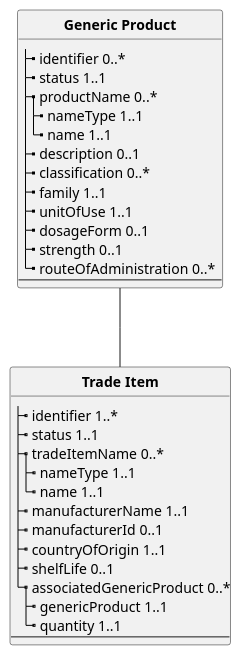
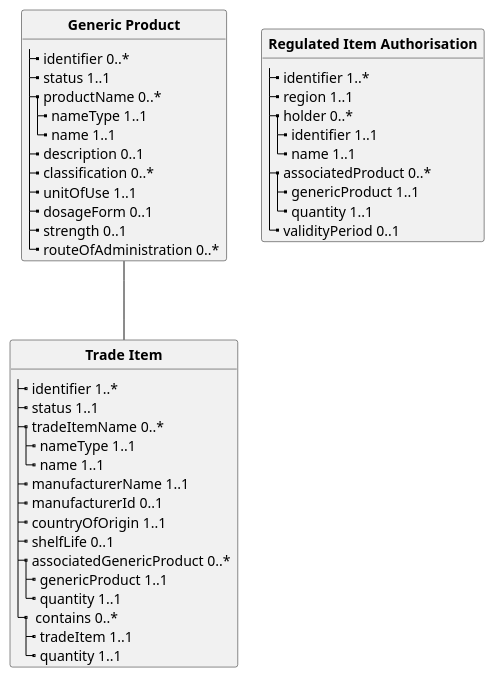
Before and after one commit to WorldHealthOrganization/smart-pcmt: the diagram in input/images-source/product-model.plantuml, drawn with PlantUML. The commit also changed 1 other file, not shown here.

```diff
--- a/input/images-source/product-model.plantuml
+++ b/input/images-source/product-model.plantuml
@@ -1,57 +1,72 @@
 @startuml
 'skinparam linetype ortho
 skinparam linetype polyline
 hide circle
 hide stereotype
 
 '!pragma layout smetana
 
 skinparam class<<MD>> {
  BorderColor DarkSlateGray
  BackgroundColor WhiteSmoke
  HeaderBackgroundColor #909090
 }
 
 skinparam class<<TM>> {
  BorderColor #505090
  BackgroundColor APPLICATION
  HeaderBackgroundColor SkyBlue
 }
 
     class "** Generic Product **" as GP {
         |_ identifier 0..* 
         |_ status 1..1
         |_ productName 0..*
           |_ nameType 1..1
           |_ name 1..1
         |_ description 0..1
         |_ classification 0..*
-        |_ family 1..1
         |_ unitOfUse 1..1
         |_ dosageForm 0..1
         |_ strength 0..1
         |_ routeOfAdministration 0..*  
-        --
     }
 
 
     class "**Trade Item**" as TI {
             |_ identifier 1..*  
             |_ status 1..1
             |_ tradeItemName 0..*
               |_ nameType 1..1
               |_ name 1..1
             |_ manufacturerName 1..1
             |_ manufacturerId 0..1
             |_ countryOfOrigin 1..1
             |_ shelfLife 0..1
-            |_ associatedGenericProduct 0..*
+            |_ associatedGenericProduct 0..*  
               |_ genericProduct 1..1
               |_ quantity 1..1
-          --
+            |_  contains 0..*
+              |_ tradeItem 1..1
+              |_ quantity 1..1
     }
+
+
+    class "** Regulated Item Authorisation **" as RI {
+        |_ identifier 1..*  
+        |_ region 1..1
+        |_ holder 0..*
+          |_ identifier 1..1
+          |_ name 1..1
+        |_ associatedProduct 0..*
+          |_ genericProduct 1..1
+          |_ quantity 1..1
+        |_ validityPeriod 0..1
+    }
+
+
 
 
 GP -- TI :"         "
 
 @enduml
```
